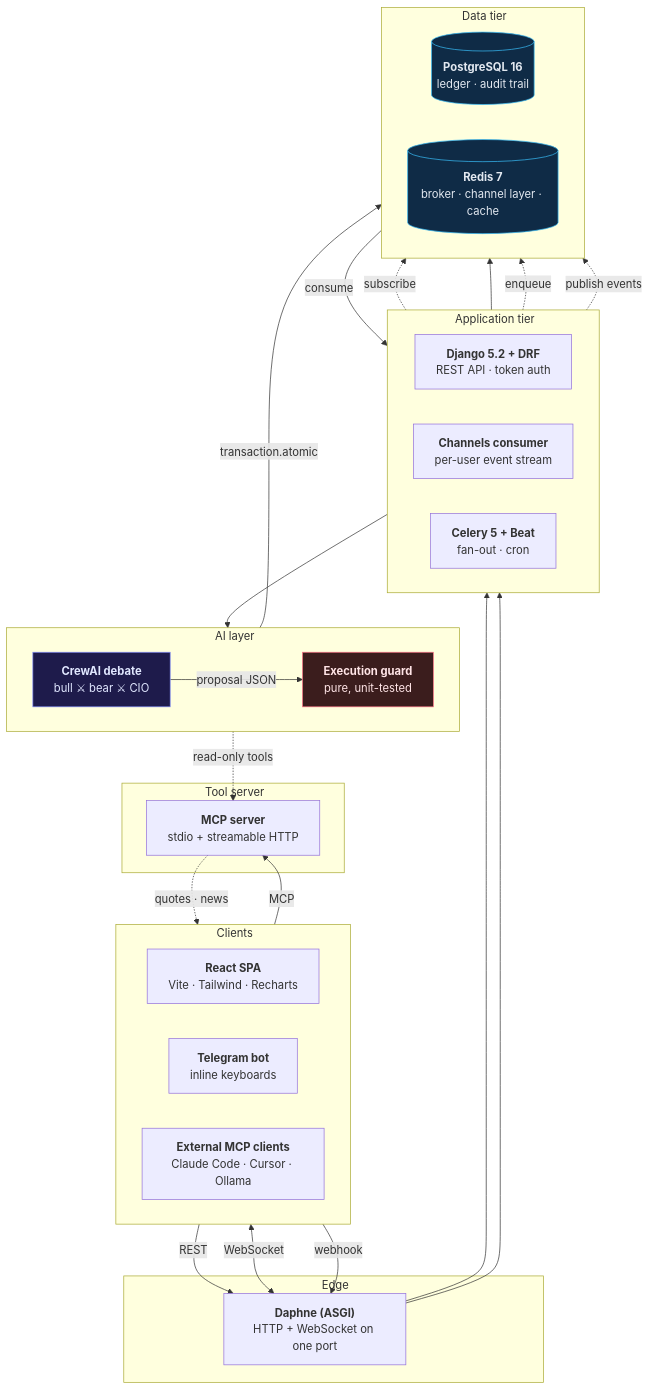
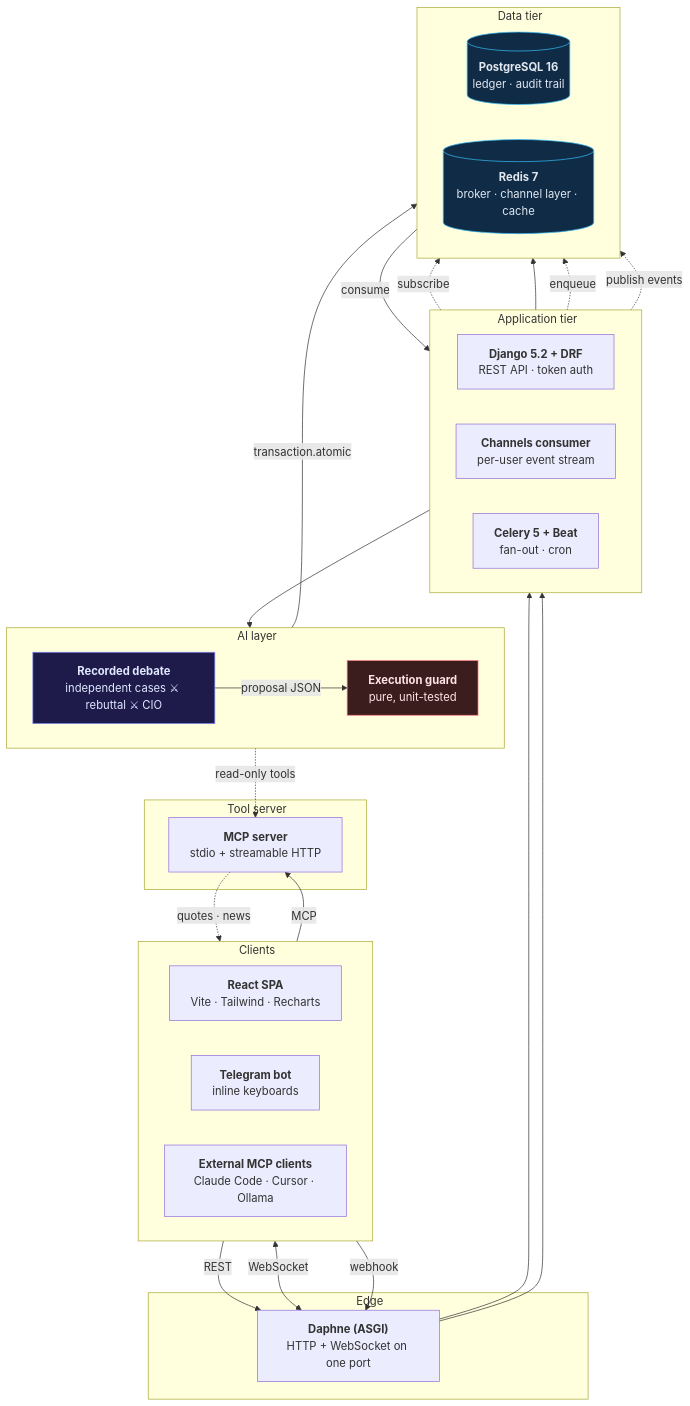
The first of 2 diagrams in docs/wiki/Architecture.md (SergeyGer/AlphaAgent), drawn with Mermaid before and after one commit. The commit also changed other lines of this file and 36 other files, not shown here.

````diff
--- a/docs/wiki/Architecture.md
+++ b/docs/wiki/Architecture.md
@@ -12,61 +12,61 @@
 ```mermaid
 flowchart TB
     subgraph clients["&nbsp;Clients"]
         direction LR
         SPA["<b>React SPA</b><br/>Vite · Tailwind · Recharts"]
         TG["<b>Telegram bot</b><br/>inline keyboards"]
         EXT["<b>External MCP clients</b><br/>Claude Code · Cursor · Ollama"]
     end
 
     subgraph edge["&nbsp;Edge"]
         ASGI["<b>Daphne (ASGI)</b><br/>HTTP + WebSocket on one port"]
     end
 
     subgraph app["&nbsp;Application tier"]
         direction LR
         API["<b>Django 5.2 + DRF</b><br/>REST API · token auth"]
         WSC["<b>Channels consumer</b><br/>per-user event stream"]
         CEL["<b>Celery 5 + Beat</b><br/>fan-out · cron"]
     end
 
     subgraph ai["&nbsp;AI layer"]
         direction LR
-        CREW["<b>CrewAI debate</b><br/>bull ⚔ bear ⚔ CIO"]
+        CREW["<b>Recorded debate</b><br/>independent cases ⚔ rebuttal ⚔ CIO"]
         GUARD["<b>Execution guard</b><br/>pure, unit-tested"]
     end
 
     subgraph tools["&nbsp;Tool server"]
         MCP["<b>MCP server</b><br/>stdio + streamable HTTP"]
     end
 
     subgraph data["&nbsp;Data tier"]
         direction LR
         PG[("<b>PostgreSQL 16</b><br/>ledger · audit trail")]
         RD[("<b>Redis 7</b><br/>broker · channel layer · cache")]
     end
 
     SPA -->|REST| ASGI
     SPA <-->|WebSocket| ASGI
     TG -->|webhook| ASGI
     EXT -->|MCP| MCP
 
     ASGI --> API
     ASGI --> WSC
     WSC -.->|subscribe| RD
     API --> PG
     API -.->|enqueue| RD
     RD -->|consume| CEL
     CEL --> CREW
     CREW -->|proposal JSON| GUARD
     GUARD -->|transaction.atomic| PG
     CEL -.->|publish events| RD
     CREW -.->|read-only tools| MCP
     MCP -.->|quotes · news| EXT
 
     classDef store fill:#0f2b46,stroke:#38bdf8,color:#e2e8f0
     classDef guard fill:#3b1d1d,stroke:#fb7185,color:#ffe4e6
     classDef crew fill:#1e1b4b,stroke:#818cf8,color:#e0e7ff
     class PG,RD store
     class GUARD guard
     class CREW crew
 ```
````
